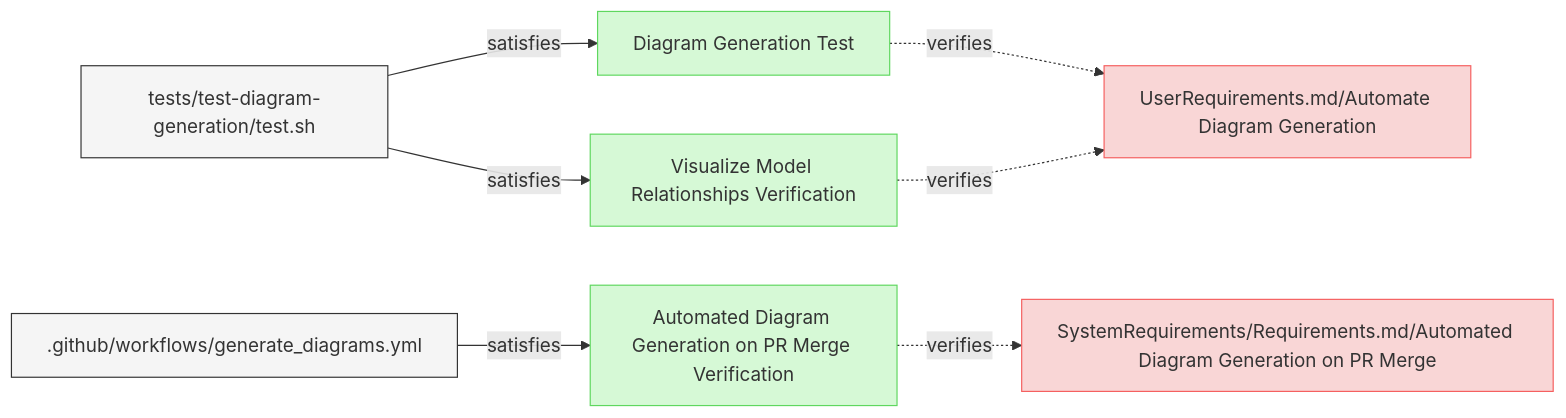
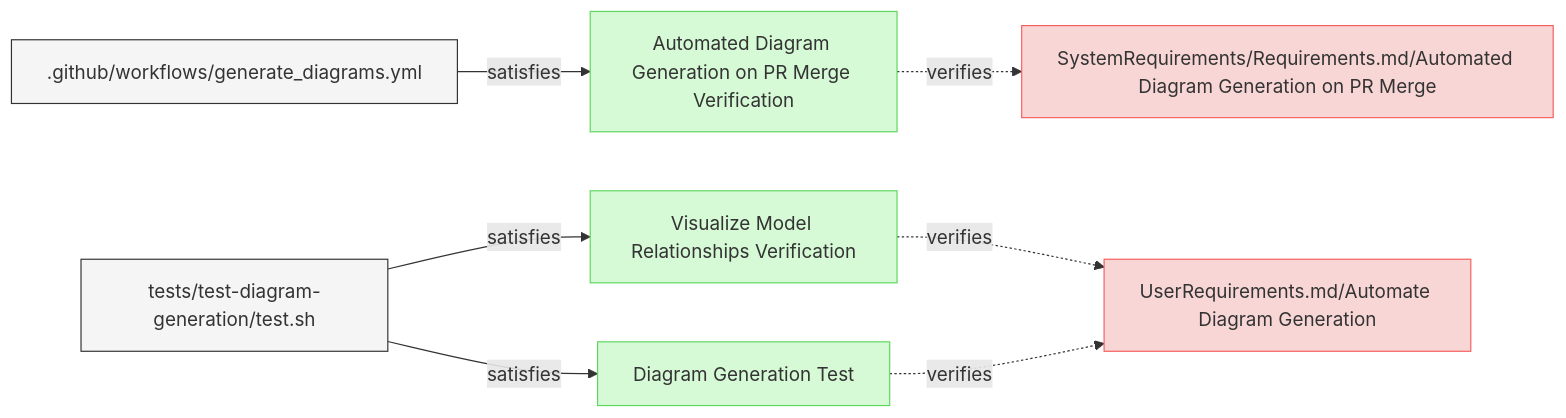
Before and after one commit to reqvire-org/reqvire: the diagram in specifications/Verifications/DiagramsTests.md, drawn with Mermaid. The commit also changed other lines of this file and 14 other files, not shown here.

````diff
--- a/specifications/Verifications/DiagramsTests.md
+++ b/specifications/Verifications/DiagramsTests.md
@@ -6,39 +6,39 @@
 ```mermaid
 graph LR;
   %% Graph styling
   classDef requirement fill:#f9d6d6,stroke:#f55f5f,stroke-width:1px;
   classDef verification fill:#d6f9d6,stroke:#5fd75f,stroke-width:1px;
   classDef externalLink fill:#d0e0ff,stroke:#3080ff,stroke-width:1px;
   classDef default fill:#f5f5f5,stroke:#333333,stroke-width:1px;
 
-  2d2cf67bb8070da8["Diagram Generation Test"];
-  class 2d2cf67bb8070da8 verification;
-  click 2d2cf67bb8070da8 "DiagramsTests.md#diagram-generation-test";
-  98a581084d5542fa["UserRequirements.md/Automate Diagram Generation"];
-  class 98a581084d5542fa requirement;
-  click 98a581084d5542fa "../UserRequirements.md#automate-diagram-generation";
-  2d2cf67bb8070da8 -.->|verifies| 98a581084d5542fa;
-  3df49fd1a91c3db7["tests/test-diagram-generation/test.sh"];
-  class 3df49fd1a91c3db7 default;
-  click 3df49fd1a91c3db7 "../../tests/test-diagram-generation/test.sh";
-  3df49fd1a91c3db7 -->|satisfies| 2d2cf67bb8070da8;
-  de8ab093f22a5cd7["Visualize Model Relationships Verification"];
-  class de8ab093f22a5cd7 verification;
-  click de8ab093f22a5cd7 "DiagramsTests.md#visualize-model-relationships-verification";
-  de8ab093f22a5cd7 -.->|verifies| 98a581084d5542fa;
-  3df49fd1a91c3db7["tests/test-diagram-generation/test.sh"];
-  class 3df49fd1a91c3db7 default;
-  click 3df49fd1a91c3db7 "../../tests/test-diagram-generation/test.sh";
-  3df49fd1a91c3db7 -->|satisfies| de8ab093f22a5cd7;
   f8849dfe948d04fa["Automated Diagram Generation on PR Merge Verification"];
   class f8849dfe948d04fa verification;
   click f8849dfe948d04fa "DiagramsTests.md#automated-diagram-generation-on-pr-merge-verification";
   3e3df7ad427a88fa["SystemRequirements/Requirements.md/Automated Diagram Generation on PR Merge"];
   class 3e3df7ad427a88fa requirement;
   click 3e3df7ad427a88fa "../SystemRequirements/Requirements.md#automated-diagram-generation-on-pr-merge";
   f8849dfe948d04fa -.->|verifies| 3e3df7ad427a88fa;
   98af8a1cf9c86822[".github/workflows/generate_diagrams.yml"];
   class 98af8a1cf9c86822 default;
   click 98af8a1cf9c86822 "../../.github/workflows/generate_diagrams.yml";
   98af8a1cf9c86822 -->|satisfies| f8849dfe948d04fa;
+  de8ab093f22a5cd7["Visualize Model Relationships Verification"];
+  class de8ab093f22a5cd7 verification;
+  click de8ab093f22a5cd7 "DiagramsTests.md#visualize-model-relationships-verification";
+  98a581084d5542fa["UserRequirements.md/Automate Diagram Generation"];
+  class 98a581084d5542fa requirement;
+  click 98a581084d5542fa "../UserRequirements.md#automate-diagram-generation";
+  de8ab093f22a5cd7 -.->|verifies| 98a581084d5542fa;
+  3df49fd1a91c3db7["tests/test-diagram-generation/test.sh"];
+  class 3df49fd1a91c3db7 default;
+  click 3df49fd1a91c3db7 "../../tests/test-diagram-generation/test.sh";
+  3df49fd1a91c3db7 -->|satisfies| de8ab093f22a5cd7;
+  2d2cf67bb8070da8["Diagram Generation Test"];
+  class 2d2cf67bb8070da8 verification;
+  click 2d2cf67bb8070da8 "DiagramsTests.md#diagram-generation-test";
+  2d2cf67bb8070da8 -.->|verifies| 98a581084d5542fa;
+  3df49fd1a91c3db7["tests/test-diagram-generation/test.sh"];
+  class 3df49fd1a91c3db7 default;
+  click 3df49fd1a91c3db7 "../../tests/test-diagram-generation/test.sh";
+  3df49fd1a91c3db7 -->|satisfies| 2d2cf67bb8070da8;
 ```
````
